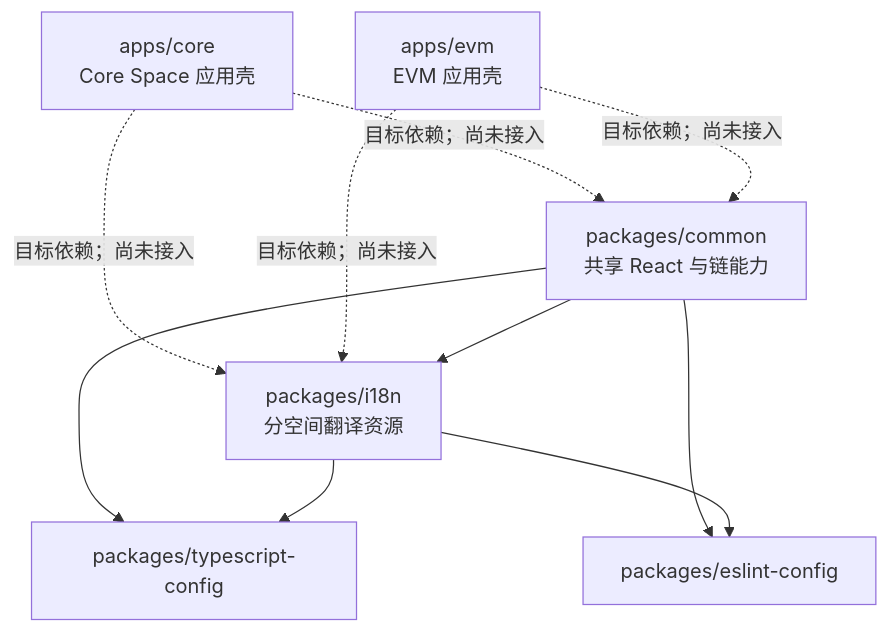
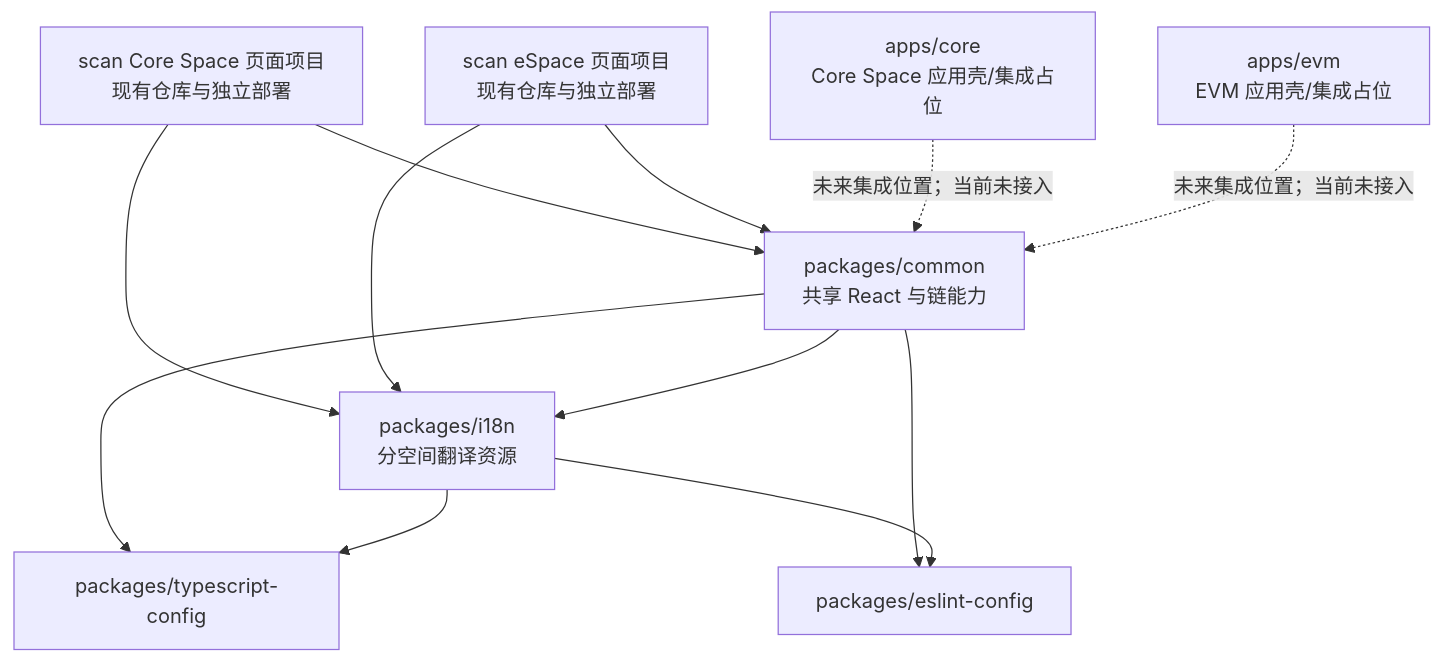
Before and after one commit to Conflux-Chain/sirius-next: the first of 2 diagrams in docs/ARCHITECTURE.md, drawn with Mermaid. The commit also changed other lines of this file and 32 other files, not shown here.

````diff
--- a/docs/ARCHITECTURE.md
+++ b/docs/ARCHITECTURE.md
@@ -23,19 +26,23 @@
 ```mermaid
 flowchart TD
-  Core["apps/core<br/>Core Space 应用壳"]
-  EVM["apps/evm<br/>EVM 应用壳"]
+  ScanCore["scan Core Space 页面项目<br/>现有仓库与独立部署"]
+  ScanEVM["scan eSpace 页面项目<br/>现有仓库与独立部署"]
+  Core["apps/core<br/>Core Space 应用壳/集成占位"]
+  EVM["apps/evm<br/>EVM 应用壳/集成占位"]
   Common["packages/common<br/>共享 React 与链能力"]
   I18n["packages/i18n<br/>分空间翻译资源"]
   TS["packages/typescript-config"]
   ESLint["packages/eslint-config"]
 
-  Core -. "目标依赖；尚未接入" .-> Common
-  EVM -. "目标依赖；尚未接入" .-> Common
-  Core -. "目标依赖；尚未接入" .-> I18n
-  EVM -. "目标依赖；尚未接入" .-> I18n
+  ScanCore --> Common
+  ScanEVM --> Common
+  ScanCore --> I18n
+  ScanEVM --> I18n
+  Core -. "未来集成位置；当前未接入" .-> Common
+  EVM -. "未来集成位置；当前未接入" .-> Common
   Common --> I18n
   Common --> TS
   Common --> ESLint
   I18n --> TS
   I18n --> ESLint
 ```
````
